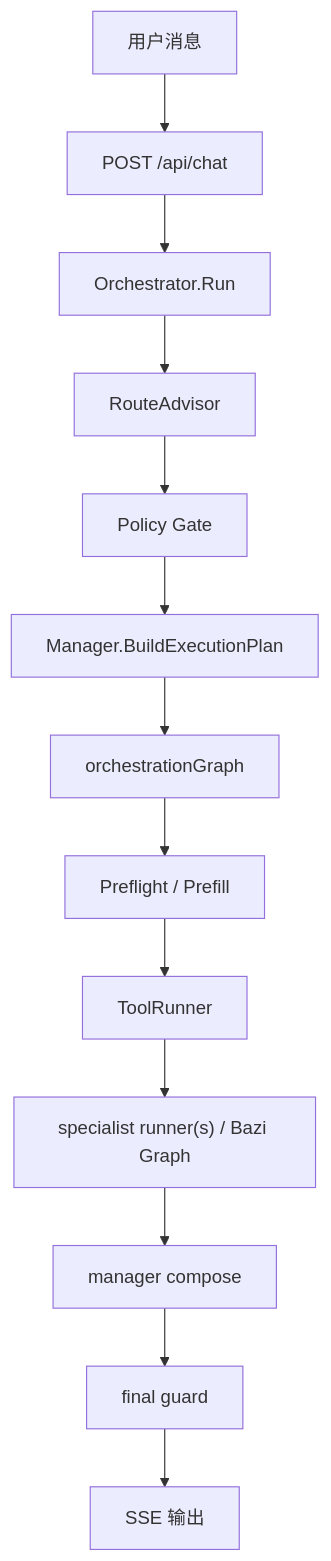
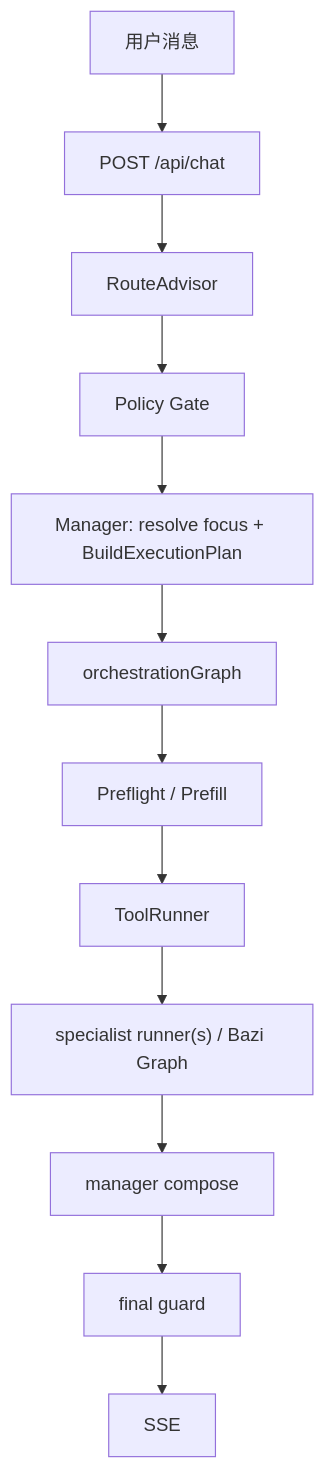
Before and after one commit to observer-mimiron/suanming-agent: the third of 3 diagrams in docs/architecture.md, drawn with Mermaid. The commit also changed other lines of this file and 67 other files, not shown here.

Commit message:
feat: implement tool governance layer with contracts and execution policies

````diff
--- a/docs/architecture.md
+++ b/docs/architecture.md
@@ -221,15 +65,14 @@
 ```mermaid
 flowchart TD
     U["用户消息"] --> H["POST /api/chat"]
-    H --> O["Orchestrator.Run"]
-    O --> RA["RouteAdvisor"]
-    RA --> PG["Policy Gate"]
-    PG --> M["Manager.BuildExecutionPlan"]
-    M --> G["orchestrationGraph"]
-    G --> PF["Preflight / Prefill"]
-    PF --> TR["ToolRunner"]
-    TR --> SR["specialist runner(s) / Bazi Graph"]
-    SR --> MC["manager compose"]
-    MC --> FG["final guard"]
-    FG --> SSE["SSE 输出"]
+    H --> R["RouteAdvisor"]
+    R --> G["Policy Gate"]
+    G --> M["Manager: resolve focus + BuildExecutionPlan"]
+    M --> O["orchestrationGraph"]
+    O --> P["Preflight / Prefill"]
+    P --> T["ToolRunner"]
+    T --> S["specialist runner(s) / Bazi Graph"]
+    S --> C["manager compose"]
+    C --> F["final guard"]
+    F --> E["SSE"]
 ```
````
